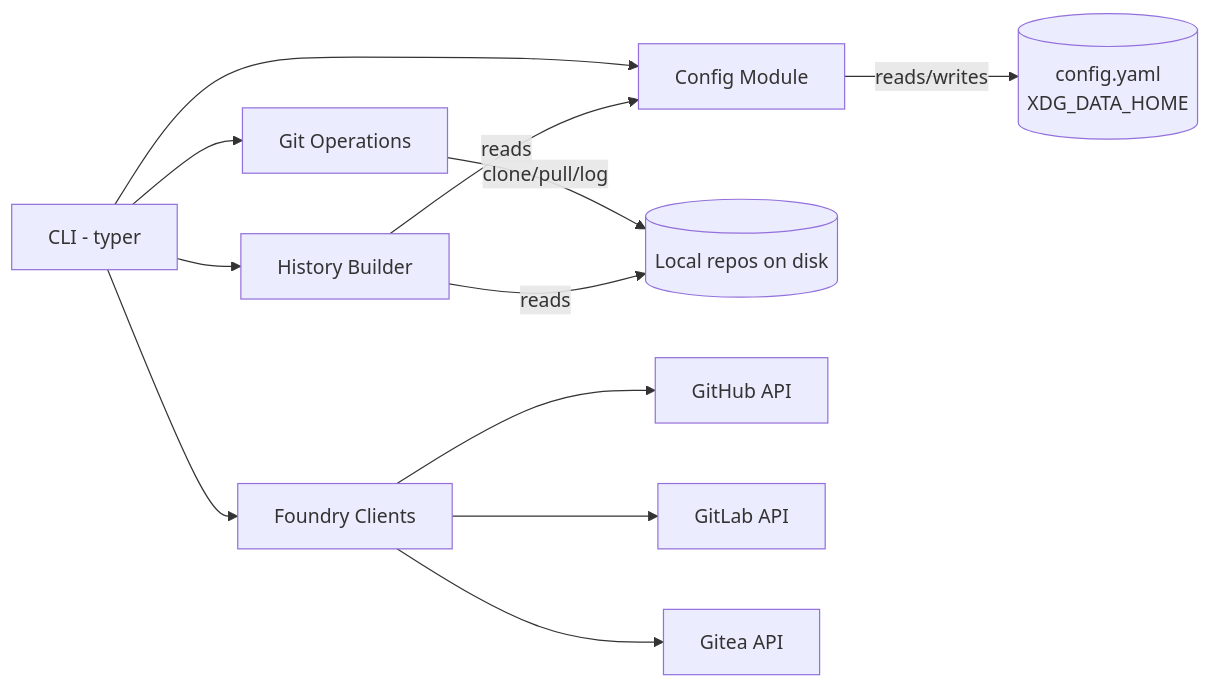
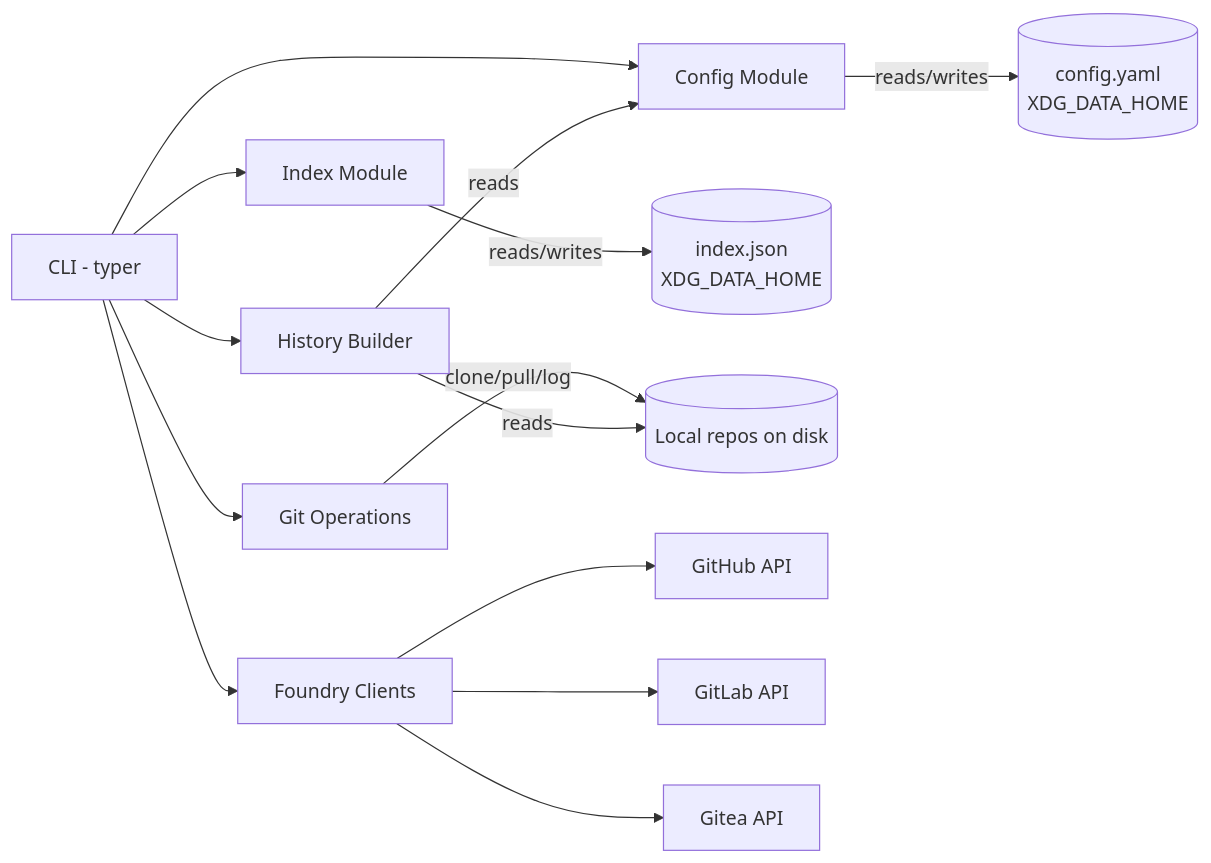
The diagram in docs/architecture.md (sjev/git-projects), drawn with Mermaid before and after one commit. The commit also changed other lines of this file, not shown here.

Commit message:
docs(architecture): update for remote/index design

````diff
--- a/docs/architecture.md
+++ b/docs/architecture.md
@@ -29,17 +29,19 @@
 ```mermaid
 graph LR
     CLI[CLI - typer]
     CLI --> Config[Config Module]
+    CLI --> Index[Index Module]
     CLI --> GitOps[Git Operations]
     CLI --> History[History Builder]
 
     Config -- reads/writes --> YAML[(config.yaml<br>XDG_DATA_HOME)]
+    Index -- reads/writes --> JSON[(index.json<br>XDG_DATA_HOME)]
     GitOps -- clone/pull/log --> LocalRepos[(Local repos on disk)]
     History -- reads --> LocalRepos
     History -- reads --> Config
 
     CLI --> Foundry[Foundry Clients]
     Foundry --> GH[GitHub API]
     Foundry --> GL[GitLab API]
     Foundry --> GT[Gitea API]
 ```
````
